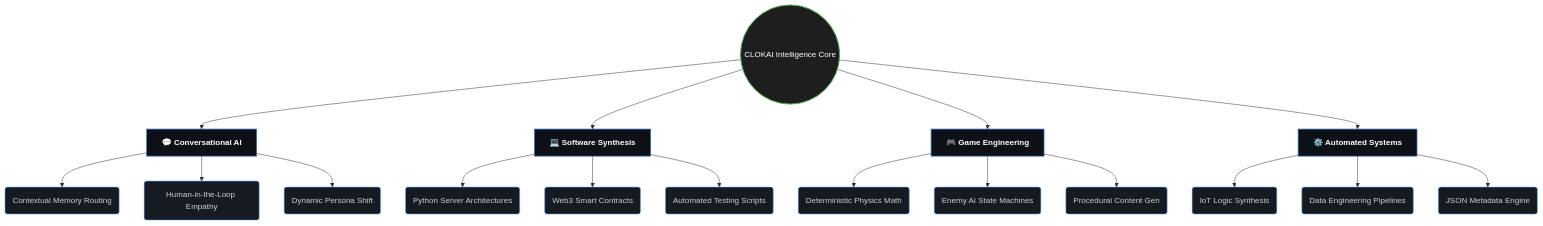
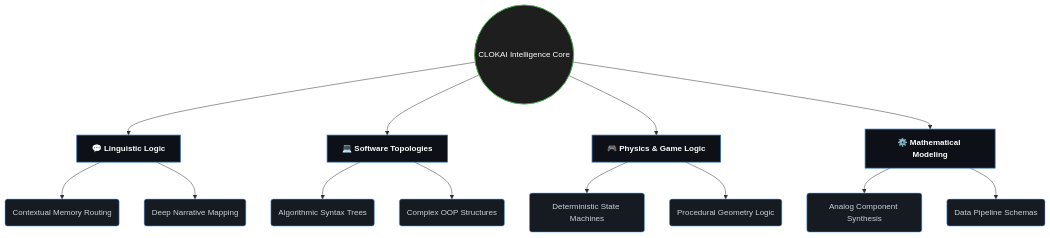
One commit to clokai/clokai changed the first of 6 diagrams in v3.md. Above: the diagram before and after it, drawn with Mermaid. The commit also changed other lines of this file, not shown here.

````diff
--- a/v3.md
+++ b/v3.md
@@ -72,27 +72,23 @@
 ```mermaid
 graph TD
     classDef main fill:#1e1e1e,stroke:#4caf50,stroke-width:2px,color:#fff;
     classDef coreNode fill:#0d1117,stroke:#2b6cb0,stroke-width:1.5px,color:#fff,font-weight:bold;
     classDef subNode fill:#161b22,stroke:#58a6ff,stroke-width:1px,color:#c9d1d9;
 
-    A(("CLOKAI Intelligence Core")):::main --> B["💬 Conversational AI"]:::coreNode
-    A --> C["💻 Software Synthesis"]:::coreNode
-    A --> D["🎮 Game Engineering"]:::coreNode
-    A --> E["⚙️ Automated Systems"]:::coreNode
+    A(("CLOKAI Intelligence Core")):::main --> B["💬 Linguistic Logic"]:::coreNode
+    A --> C["💻 Software Topologies"]:::coreNode
+    A --> D["🎮 Physics & Game Logic"]:::coreNode
+    A --> E["⚙️ Mathematical Modeling"]:::coreNode
     
     B --> B1("Contextual Memory Routing"):::subNode
-    B --> B2("Human-in-the-Loop Empathy"):::subNode
-    B --> B3("Dynamic Persona Shift"):::subNode
+    B --> B2("Deep Narrative Mapping"):::subNode
     
-    C --> C1("Python Server Architectures"):::subNode
-    C --> C2("Web3 Smart Contracts"):::subNode
-    C --> C3("Automated Testing Scripts"):::subNode
+    C --> C1("Algorithmic Syntax Trees"):::subNode
+    C --> C2("Complex OOP Structures"):::subNode
     
-    D --> D1("Deterministic Physics Math"):::subNode
-    D --> D2("Enemy AI State Machines"):::subNode
-    D --> D3("Procedural Content Gen"):::subNode
+    D --> D1("Deterministic State Machines"):::subNode
+    D --> D2("Procedural Geometry Logic"):::subNode
     
-    E --> E1("IoT Logic Synthesis"):::subNode
-    E --> E2("Data Engineering Pipelines"):::subNode
-    E --> E3("JSON Metadata Engine"):::subNode
+    E --> E1("Analog Component Synthesis"):::subNode
+    E --> E2("Data Pipeline Schemas"):::subNode
 ```
````
